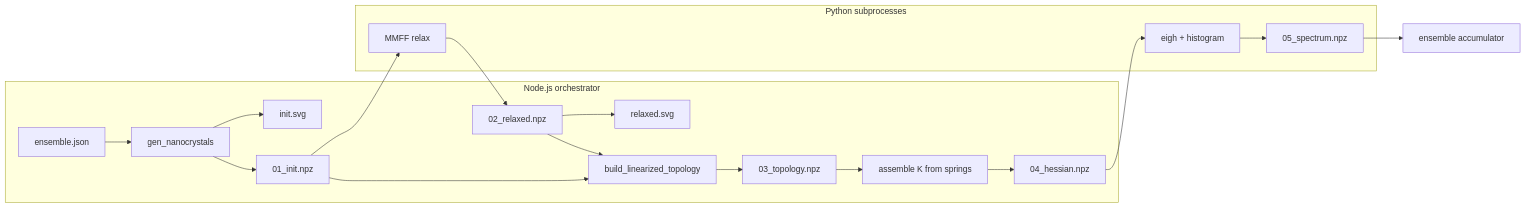
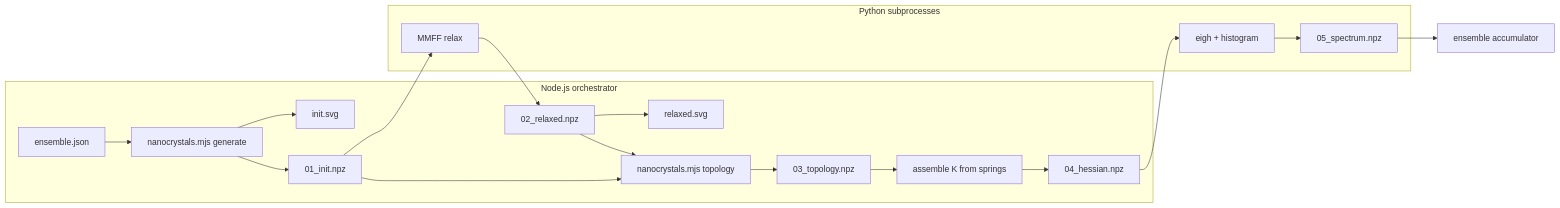
The second of 3 diagrams in doc/Topics/FTIR_Nanocrystals/Nanocrystal_pipeline.progress.md (ProkopHapala/FireCore), drawn with Mermaid before and after one commit. The commit also changed other lines of this file and 20 other files, not shown here.

Commit message:
added functionality to search ring to nanocrystals.js and Graph.js, consolidated nanocrystal.mjs many older scrips now deprecated

````diff
--- a/doc/Topics/FTIR_Nanocrystals/Nanocrystal_pipeline.progress.md
+++ b/doc/Topics/FTIR_Nanocrystals/Nanocrystal_pipeline.progress.md
@@ -578,23 +592,23 @@
 ```mermaid
 flowchart LR
     subgraph js [Node.js orchestrator]
-        CFG[ensemble.json] --> GEN[gen_nanocrystals]
+        CFG[ensemble.json] --> GEN[nanocrystals.mjs generate]
         GEN --> NPZ1[01_init.npz]
         GEN --> SVG1[init.svg]
-        NPZ1 --> TOPO[build_linearized_topology]
+        NPZ1 --> TOPO[nanocrystals.mjs topology]
         TOPO --> NPZ3[03_topology.npz]
         NPZ2 --> TOPO
         NPZ3 --> KJS[assemble K from springs]
         KJS --> NPZ4[04_hessian.npz]
         NPZ2 --> SVG2[relaxed.svg]
     end
 
     subgraph py [Python subprocesses]
         NPZ1 --> RELAX[MMFF relax]
         RELAX --> NPZ2[02_relaxed.npz]
         NPZ4 --> EIGH[eigh + histogram]
         EIGH --> NPZ5[05_spectrum.npz]
     end
 
     NPZ5 --> ACC[ensemble accumulator]
 ```
````
